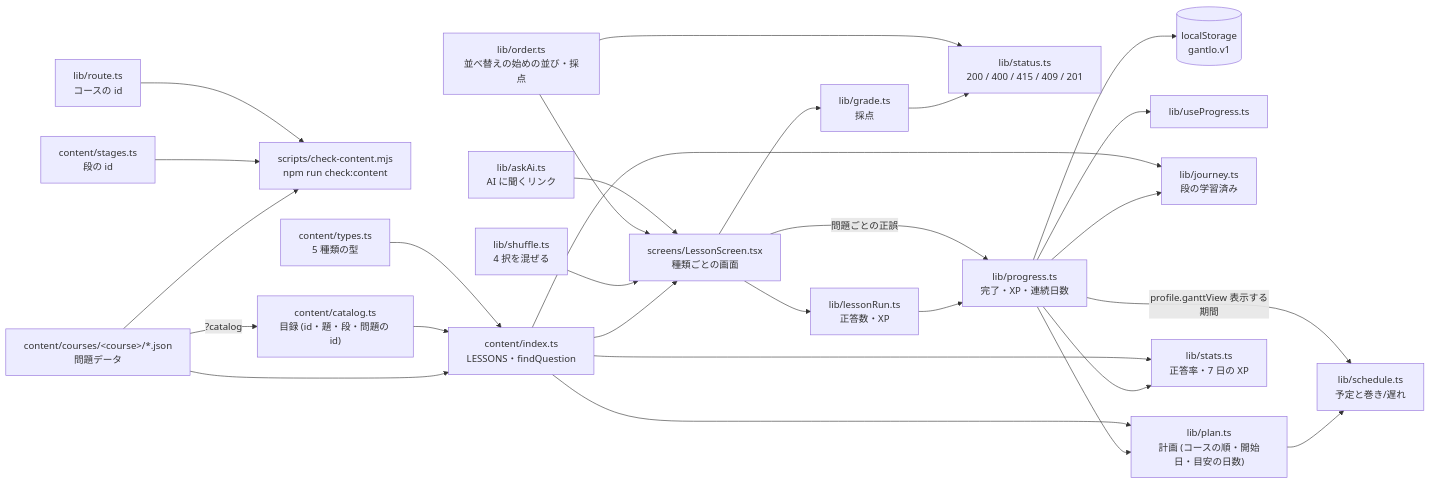
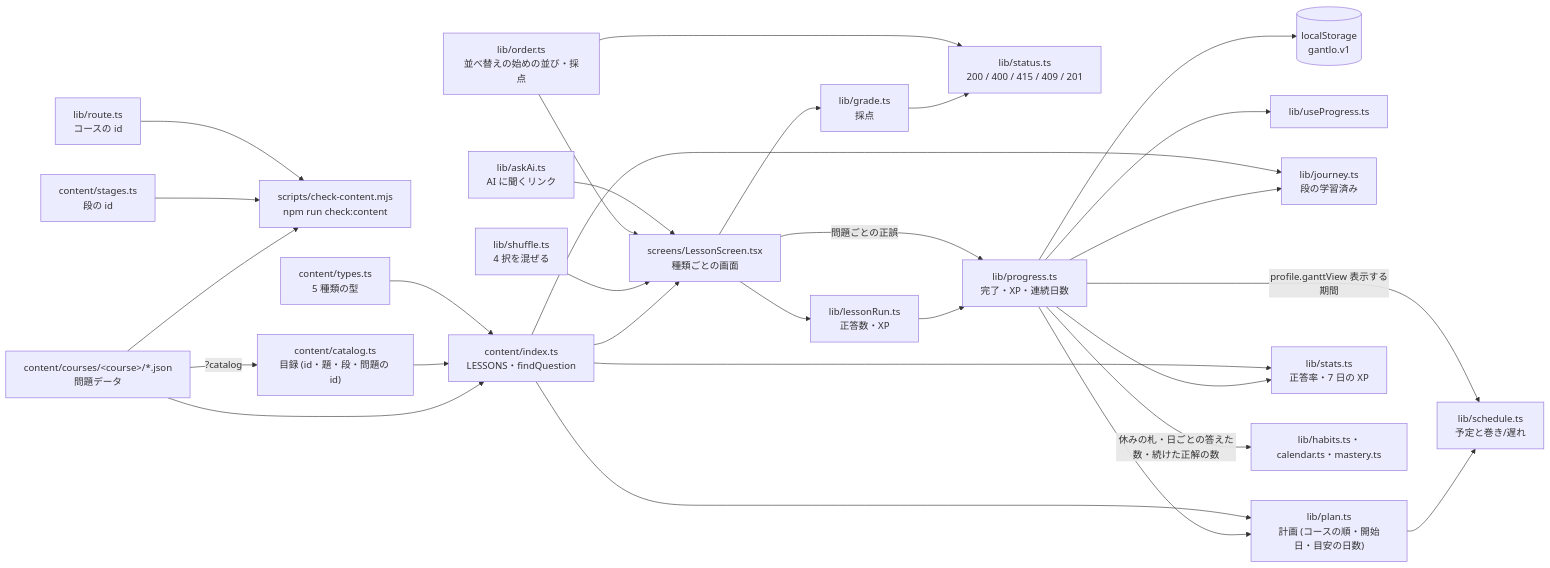
One commit to maco165/gantlo changed the second of 3 diagrams in README.md. Above: the diagram before and after it, drawn with Mermaid. The commit also changed other lines of this file and 6 other files, not shown here.

````diff
--- a/README.md
+++ b/README.md
@@ -141,30 +151,31 @@
 ```mermaid
 flowchart LR
   json["content/courses/#lt;course#gt;/*.json<br/>問題データ"] --> check["scripts/check-content.mjs<br/>npm run check:content"]
   stages["content/stages.ts<br/>段の id"] --> check
   courses["lib/route.ts<br/>コースの id"] --> check
   json --> index["content/index.ts<br/>LESSONS・findQuestion"]
   json -->|?catalog| catalog["content/catalog.ts<br/>目録 (id・題・段・問題の id)"]
   catalog --> index
   types["content/types.ts<br/>5 種類の型"] --> index
   index --> lesson["screens/LessonScreen.tsx<br/>種類ごとの画面"]
   shuffle["lib/shuffle.ts<br/>4 択を混ぜる"] --> lesson
   order["lib/order.ts<br/>並べ替えの始めの並び・採点"] --> lesson
   ask["lib/askAi.ts<br/>AI に聞くリンク"] --> lesson
   lesson --> grade["lib/grade.ts<br/>採点"]
   grade --> st["lib/status.ts<br/>200 / 400 / 415 / 409 / 201"]
   order --> st
   lesson --> run["lib/lessonRun.ts<br/>正答数・XP"]
   run --> progress["lib/progress.ts<br/>完了・XP・連続日数"]
   lesson -->|問題ごとの正誤| progress
   progress --> ls[("localStorage<br/>gantlo.v1")]
   progress --> hook["lib/useProgress.ts"]
   progress --> journey["lib/journey.ts<br/>段の学習済み"]
   progress --> planlib["lib/plan.ts<br/>計画 (コースの順・開始日・目安の日数)"]
   planlib --> schedlib["lib/schedule.ts<br/>予定と巻き/遅れ"]
   progress -->|profile.ganttView 表示する期間| schedlib
   index --> journey
   index --> planlib
   progress --> statslib["lib/stats.ts<br/>正答率・7 日の XP"]
+  progress -->|休みの札・日ごとの答えた数・続けた正解の数| habitslib["lib/habits.ts・calendar.ts・mastery.ts"]
   index --> statslib
 ```
````
